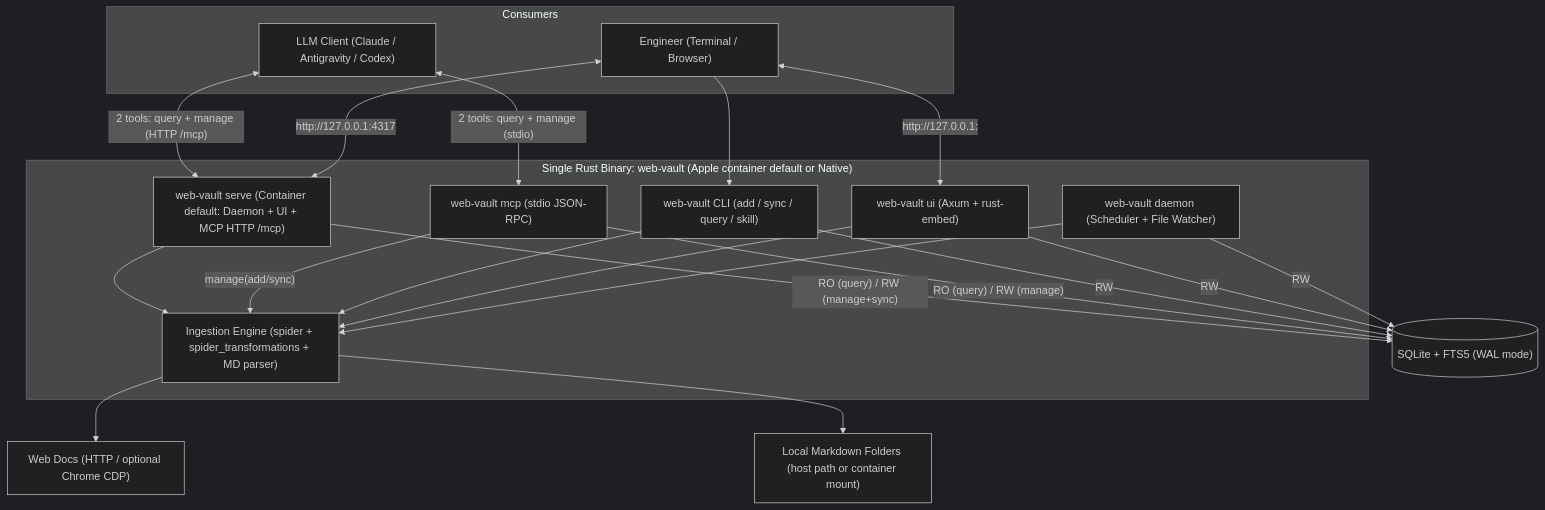
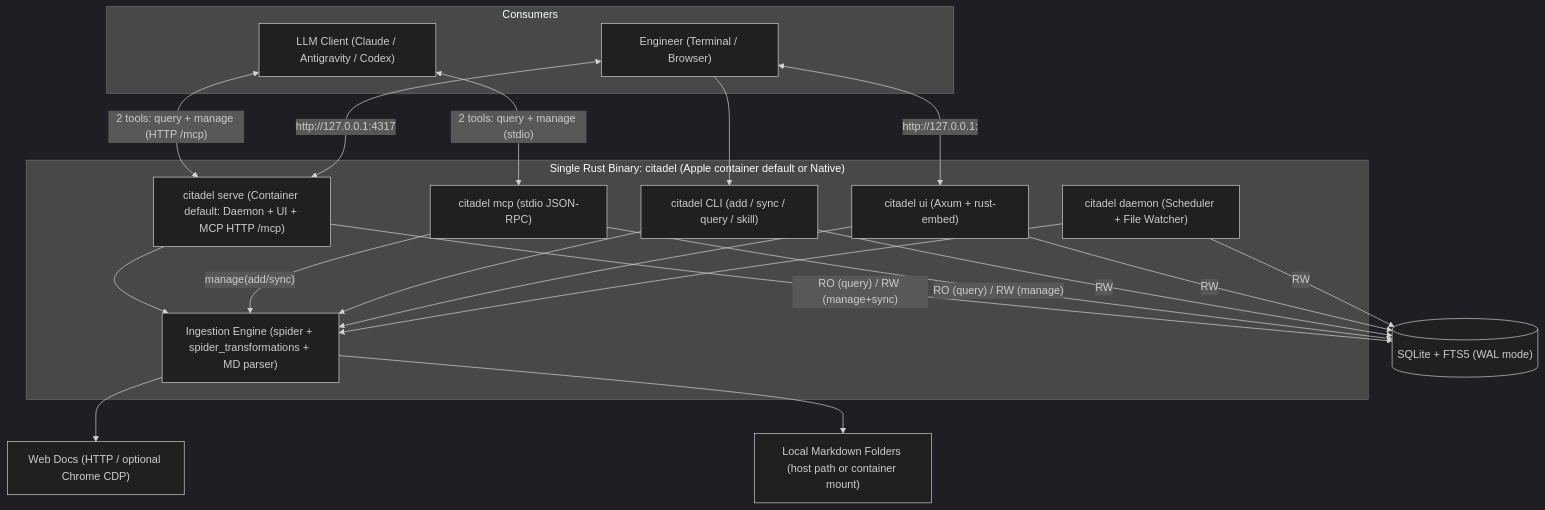
One commit to MaximeBeretvas/citadel changed the diagram in Docs/SPEC.md. Above: the diagram before and after it, drawn with Mermaid (dark theme). The commit also changed other lines of this file and 39 other files, not shown here.

First line of the commit message:
refactor!: rename project from web-vault to citadel

````diff
--- a/Docs/SPEC.md
+++ b/Docs/SPEC.md
@@ -15,40 +15,40 @@
 ```mermaid
 flowchart TB
     subgraph Clients["Consumers"]
         LLM["LLM Client (Claude / Antigravity / Codex)"]
         User["Engineer (Terminal / Browser)"]
     end
 
-    subgraph Binary["Single Rust Binary: web-vault (Apple container default or Native)"]
-        Serve["web-vault serve (Container default: Daemon + UI + MCP HTTP /mcp)"]
-        MCP["web-vault mcp (stdio JSON-RPC)"]
-        CLI["web-vault CLI (add / sync / query / skill)"]
-        UI["web-vault ui (Axum + rust-embed)"]
-        Daemon["web-vault daemon (Scheduler + File Watcher)"]
+    subgraph Binary["Single Rust Binary: citadel (Apple container default or Native)"]
+        Serve["citadel serve (Container default: Daemon + UI + MCP HTTP /mcp)"]
+        MCP["citadel mcp (stdio JSON-RPC)"]
+        CLI["citadel CLI (add / sync / query / skill)"]
+        UI["citadel ui (Axum + rust-embed)"]
+        Daemon["citadel daemon (Scheduler + File Watcher)"]
         Crawler["Ingestion Engine (spider + spider_transformations + MD parser)"]
     end
 
     DB[("SQLite + FTS5 (WAL mode)")]
     Web["Web Docs (HTTP / optional Chrome CDP)"]
     Local["Local Markdown Folders (host path or container mount)"]
 
     LLM <-->|"2 tools: query + manage (HTTP /mcp)"| Serve
     LLM <-->|"2 tools: query + manage (stdio)"| MCP
     User --> CLI
     User <-->|"http://127.0.0.1:4317"| Serve
     User <-->|"http://127.0.0.1:<port>"| UI
 
     Serve -->|"RO (query) / RW (manage+sync)"| DB
     MCP -->|"RO (query) / RW (manage)"| DB
     CLI -->|"RW"| DB
     UI -->|"RW"| DB
     Daemon -->|"RW"| DB
 
     Serve --> Crawler
     MCP -->|"manage(add/sync)"| Crawler
     CLI --> Crawler
     UI --> Crawler
     Daemon --> Crawler
     Crawler --> Web
     Crawler --> Local
 ```
````
